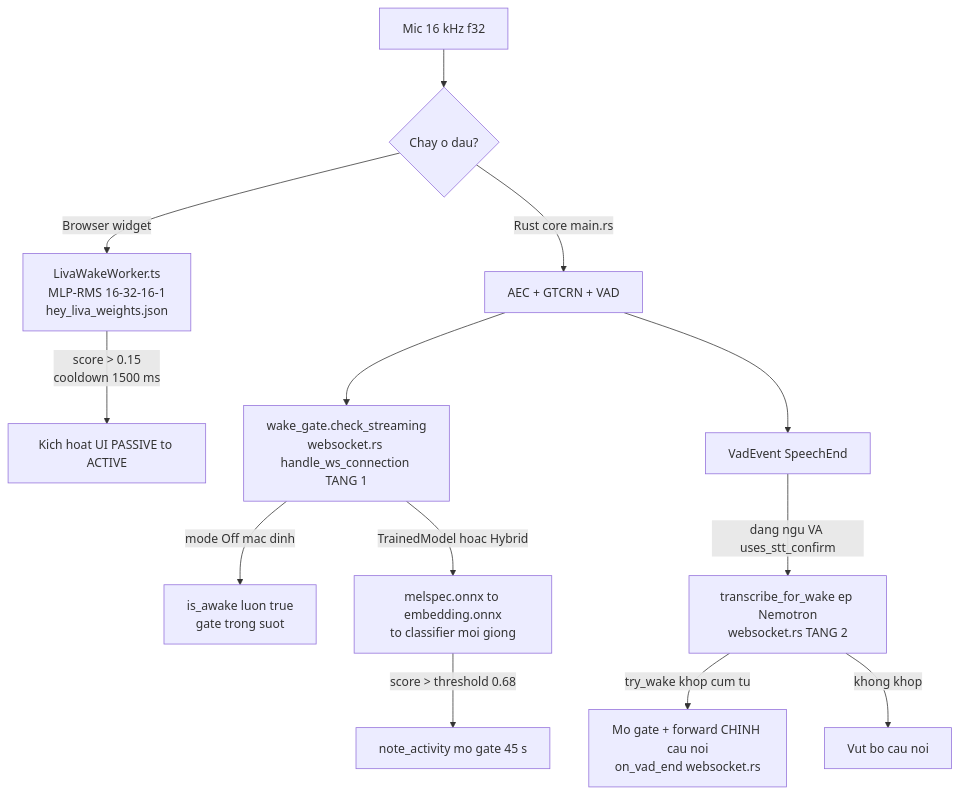
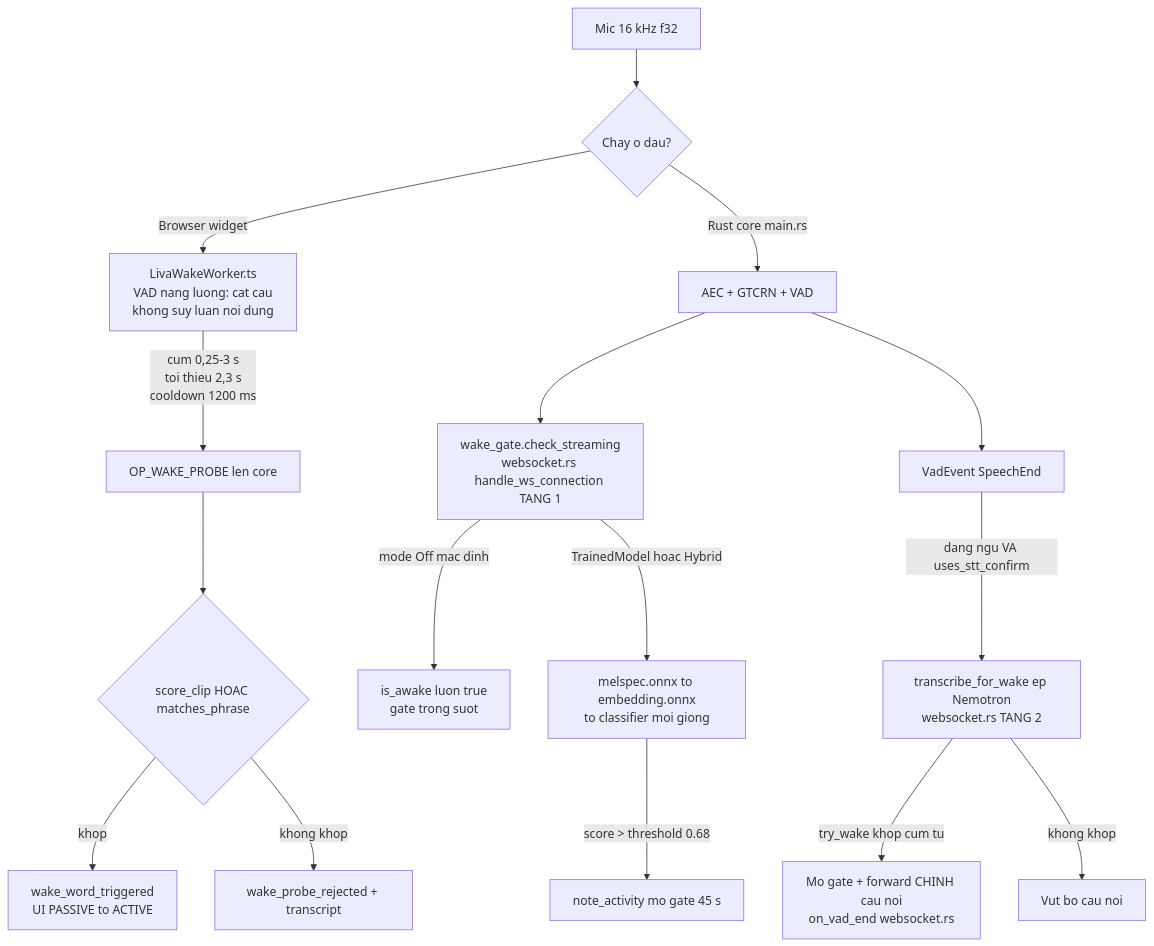
One commit to DuongNAD/LIVA changed the third of 3 diagrams in docs/01-ban-ve/03-duong-ong-thoai.md. Above: the diagram before and after it, drawn with Mermaid. The commit also changed other lines of this file and 37 other files, not shown here.

````diff
--- a/docs/01-ban-ve/03-duong-ong-thoai.md
+++ b/docs/01-ban-ve/03-duong-ong-thoai.md
@@ -527,15 +542,18 @@
 ```mermaid
 flowchart TD
     A[Mic 16 kHz f32] --> B{Chay o dau?}
-    B -->|Browser widget| C[LivaWakeWorker.ts<br/>MLP-RMS 16-32-16-1<br/>hey_liva_weights.json]
-    C -->|score > 0.15<br/>cooldown 1500 ms| D[Kich hoat UI PASSIVE to ACTIVE]
+    B -->|Browser widget| C[LivaWakeWorker.ts<br/>VAD nang luong: cat cau<br/>khong suy luan noi dung]
+    C -->|cum 0,25-3 s<br/>toi thieu 2,3 s<br/>cooldown 1200 ms| C2[OP_WAKE_PROBE len core]
+    C2 --> C3{score_clip HOAC matches_phrase}
+    C3 -->|khop| D[wake_word_triggered<br/>UI PASSIVE to ACTIVE]
+    C3 -->|khong khop| C4[wake_probe_rejected + transcript]
     B -->|Rust core main.rs| E[AEC + GTCRN + VAD]
     E --> F[wake_gate.check_streaming<br/>websocket.rs handle_ws_connection TANG 1]
     F -->|mode Off mac dinh| G[is_awake luon true<br/>gate trong suot]
     F -->|TrainedModel hoac Hybrid| H[melspec.onnx to embedding.onnx<br/>to classifier moi giong]
     H -->|score > threshold 0.68| I[note_activity mo gate 45 s]
     E --> J[VadEvent SpeechEnd]
     J -->|dang ngu VA uses_stt_confirm| K[transcribe_for_wake ep Nemotron<br/>websocket.rs TANG 2]
     K -->|try_wake khop cum tu| L[Mo gate + forward CHINH cau noi<br/>on_vad_end websocket.rs]
     K -->|khong khop| M[Vut bo cau noi]
 ```
````
